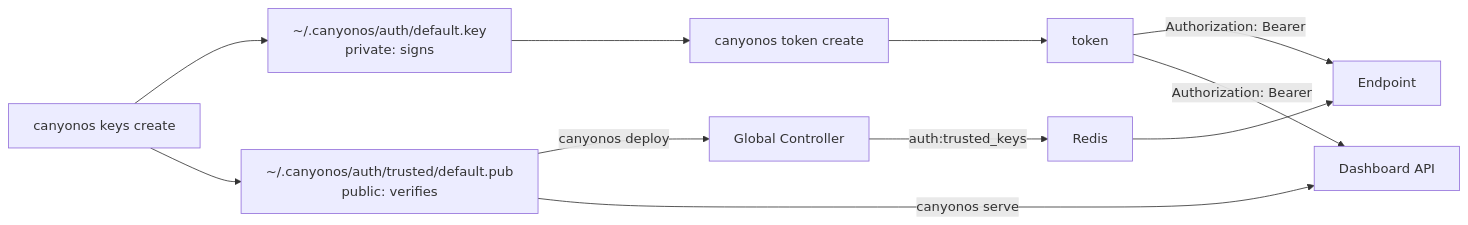
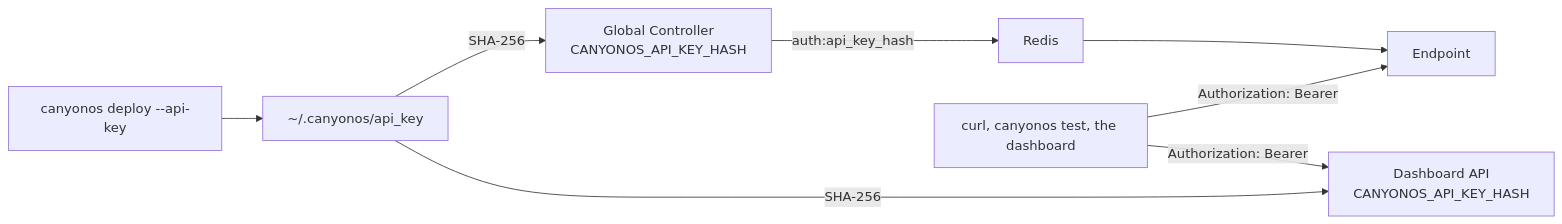
Before and after one commit to CanyonCodeCoreAI/canyonos: the diagram in docs/guides/AUTHORIZATION.md, drawn with Mermaid. The commit also changed other lines of this file and 190 other files, not shown here.

````diff
--- a/docs/guides/AUTHORIZATION.md
+++ b/docs/guides/AUTHORIZATION.md
@@ -19,13 +14,10 @@
 ```mermaid
 flowchart LR
-    K["canyonos keys create"] --> PK["~/.canyonos/auth/default.key<br/>private: signs"]
-    K --> PUB["~/.canyonos/auth/trusted/default.pub<br/>public: verifies"]
-    PK --> TC["canyonos token create"]
-    TC --> T["token"]
-    PUB -->|"canyonos deploy"| GC["Global Controller"]
-    GC -->|"auth:trusted_keys"| R["Redis"]
+    K["canyonos deploy --api-key"] --> F["~/.canyonos/api_key"]
+    F -->|"SHA-256"| GC["Global Controller<br/>CANYONOS_API_KEY_HASH"]
+    GC -->|"auth:api_key_hash"| R["Redis"]
     R --> E["Endpoint"]
-    PUB -->|"canyonos serve"| API["Dashboard API"]
-    T -->|"Authorization: Bearer"| E
-    T -->|"Authorization: Bearer"| API
+    F -->|"SHA-256"| API["Dashboard API<br/>CANYONOS_API_KEY_HASH"]
+    C["curl, canyonos test, the dashboard"] -->|"Authorization: Bearer"| E
+    C -->|"Authorization: Bearer"| API
 ```
````
